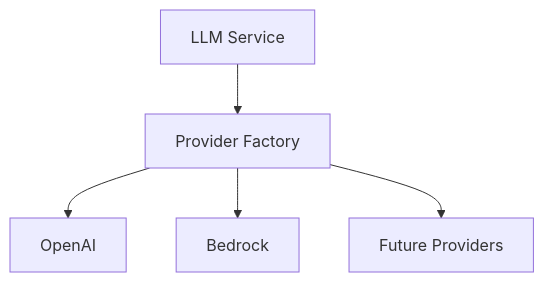
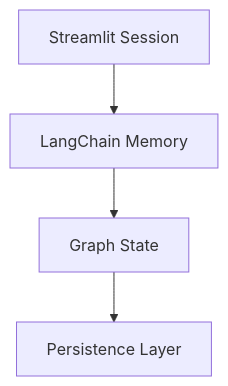
One commit to laialex501/lorechat-container changed the second of 3 diagrams in memory-bank/techContext.md. Above: the diagram before and after it, drawn with Mermaid. The commit also changed other lines of this file and 30 other files, not shown here.

Commit message:
Migrate to use LangGraph and LangChain base classes

````diff
--- a/memory-bank/techContext.md
+++ b/memory-bank/techContext.md
@@ -47,7 +70,6 @@
 ```mermaid
 graph TD
-    A[LLM Service] --> B[Provider Factory]
-    B --> C[OpenAI]
-    B --> D[Bedrock]
-    B --> E[Future Providers]
+    A[Streamlit Session] --> B[LangChain Memory]
+    B --> C[Graph State]
+    C --> D[Persistence Layer]
 ```
````
